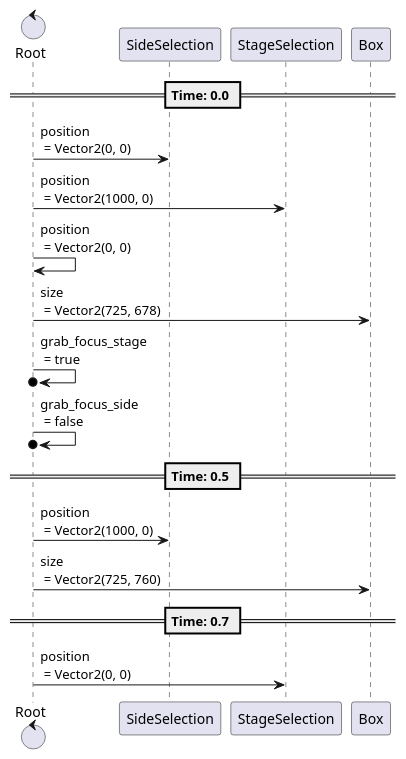
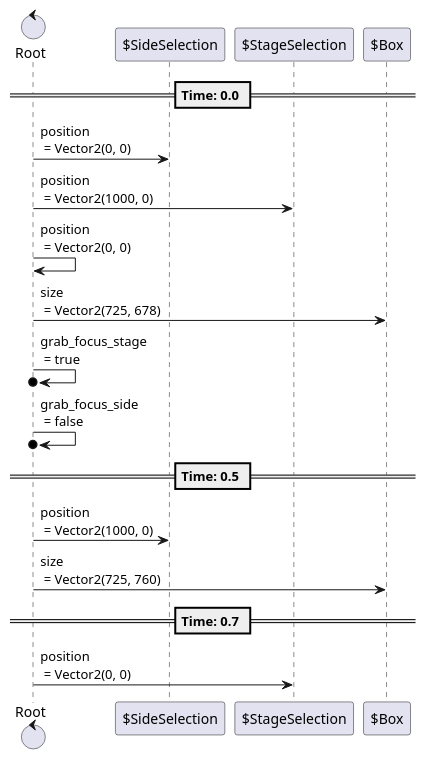
One commit to tkmfujise/Platformer-Game-Learning changed the third of 6 diagrams in content/scenes/src/beginning/chapters/menu/menu.tscn.adoc. Above: the diagram before and after it, drawn with PlantUML. The commit also changed other lines of this file and 31 other files, not shown here.

Commit message:
Add prefix $ to node name in animation sequences

```diff
--- a/content/scenes/src/beginning/chapters/menu/menu.tscn.adoc
+++ b/content/scenes/src/beginning/chapters/menu/menu.tscn.adoc
@@ -395,24 +395,24 @@
 [plantuml]
 ....
-control "Root" as Root
-participant "SideSelection" as T0
-participant "StageSelection" as T1
-participant "Box" as T3
+control "Root" as R
+participant "$SideSelection" as T0
+participant "$StageSelection" as T1
+participant "$Box" as T3
 
 
 
 == Time: 0.0 ==
-Root  ->  T0 : position\n = Vector2(0, 0)
-Root  ->  T1 : position\n = Vector2(1000, 0)
-Root  ->  Root : position\n = Vector2(0, 0)
-Root  ->  T3 : size\n = Vector2(725, 678)
-Root  ->o  Root : grab_focus_stage\n = true
-Root  ->o  Root : grab_focus_side\n = false
+R  ->  T0 : position\n = Vector2(0, 0)
+R  ->  T1 : position\n = Vector2(1000, 0)
+R  ->  R : position\n = Vector2(0, 0)
+R  ->  T3 : size\n = Vector2(725, 678)
+R  ->o  R : grab_focus_stage\n = true
+R  ->o  R : grab_focus_side\n = false
 == Time: 0.5 ==
-Root  ->  T0 : position\n = Vector2(1000, 0)
-Root  ->  T3 : size\n = Vector2(725, 760)
+R  ->  T0 : position\n = Vector2(1000, 0)
+R  ->  T3 : size\n = Vector2(725, 760)
 == Time: 0.7 ==
-Root  ->  T1 : position\n = Vector2(0, 0)
+R  ->  T1 : position\n = Vector2(0, 0)
 
 
 ....
```
